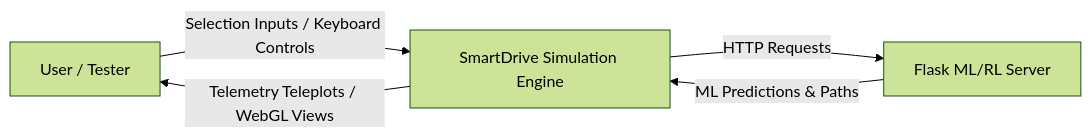
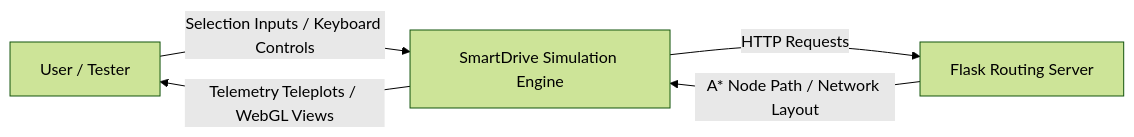
The third of 6 diagrams in README.md (Debarshi-IT/Final-Year-Main-Project), drawn with Mermaid (forest theme) before and after one commit. The commit also changed other lines of this file, not shown here.

````diff
--- a/README.md
+++ b/README.md
@@ -352,7 +348,7 @@
 ```mermaid
 graph LR
     User[User / Tester] -- Selection Inputs / Keyboard Controls --> Sim[SmartDrive Simulation Engine]
     Sim -- Telemetry Teleplots / WebGL Views --> User
-    Sim -- HTTP Requests --> Flask[Flask ML/RL Server]
-    Flask -- ML Predictions & Paths --> Sim
+    Sim -- HTTP Requests --> Flask[Flask Routing Server]
+    Flask -- A* Node Path / Network Layout --> Sim
 ```
````
